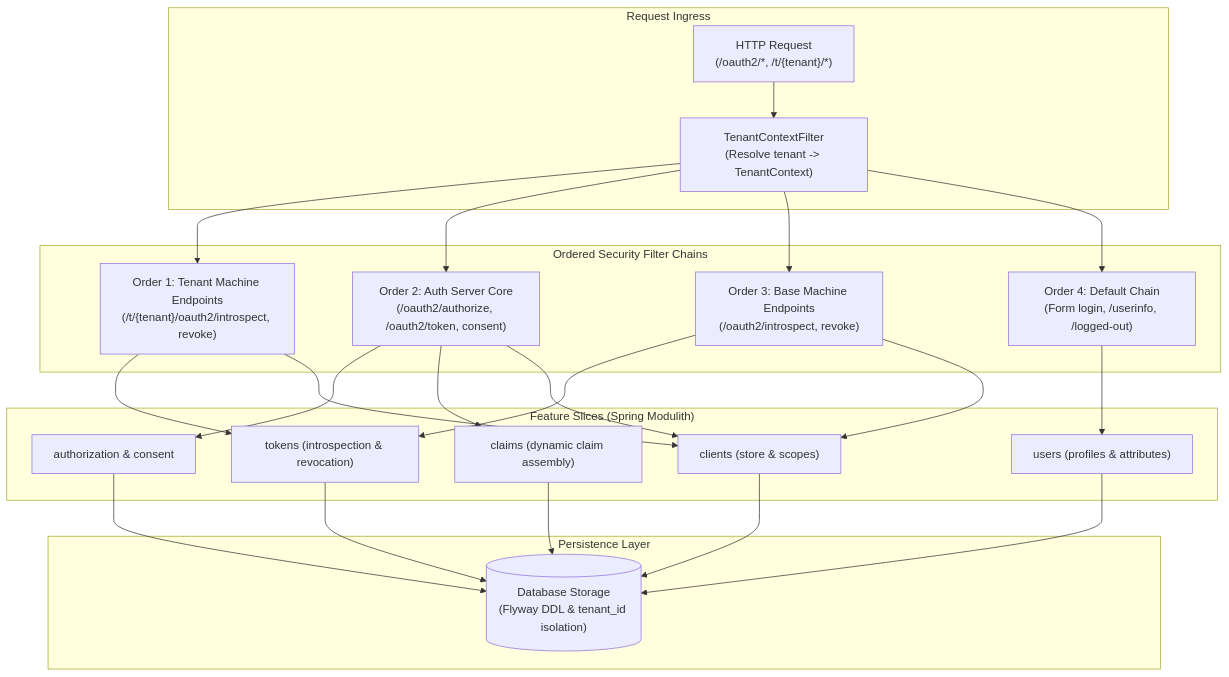
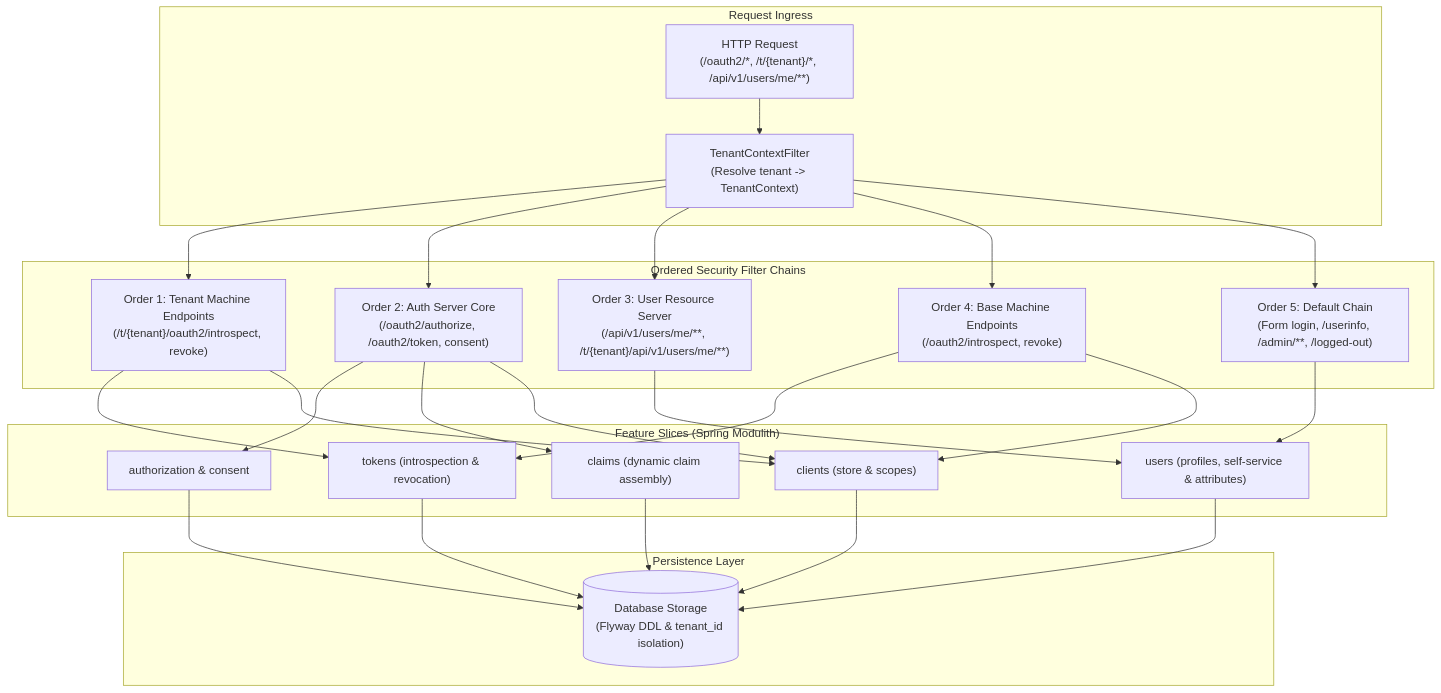
The first of 2 diagrams in docs/features-and-roadmap.md (edmaputra/ed-idp), drawn with Mermaid before and after one commit. The commit also changed other lines of this file and 30 other files, not shown here.

First line of the commit message:
feat(users): add multi-tenant user profile and credential self-service

````diff
--- a/docs/features-and-roadmap.md
+++ b/docs/features-and-roadmap.md
@@ -67,25 +76,26 @@
 ```mermaid
 flowchart TD
     subgraph Ingress["Request Ingress"]
-        Req["HTTP Request\n(/oauth2/*, /t/{tenant}/*)"] --> TCF["TenantContextFilter\n(Resolve tenant -> TenantContext)"]
+        Req["HTTP Request\n(/oauth2/*, /t/{tenant}/*, /api/v1/users/me/**)"] --> TCF["TenantContextFilter\n(Resolve tenant -> TenantContext)"]
     end
 
     subgraph Security["Ordered Security Filter Chains"]
         TCF --> C1["Order 1: Tenant Machine Endpoints\n(/t/{tenant}/oauth2/introspect, revoke)"]
         TCF --> C2["Order 2: Auth Server Core\n(/oauth2/authorize, /oauth2/token, consent)"]
-        TCF --> C3["Order 3: Base Machine Endpoints\n(/oauth2/introspect, revoke)"]
-        TCF --> C4["Order 4: Default Chain\n(Form login, /userinfo, /logged-out)"]
+        TCF --> C3["Order 3: User Resource Server\n(/api/v1/users/me/**, /t/{tenant}/api/v1/users/me/**)"]
+        TCF --> C4["Order 4: Base Machine Endpoints\n(/oauth2/introspect, revoke)"]
+        TCF --> C5["Order 5: Default Chain\n(Form login, /userinfo, /admin/**, /logged-out)"]
     end
 
     subgraph Modules["Feature Slices (Spring Modulith)"]
-        C1 & C3 --> ModTokens["tokens (introspection & revocation)"]
+        C1 & C4 --> ModTokens["tokens (introspection & revocation)"]
         C2 --> ModAuthz["authorization & consent"]
         C2 --> ModClaims["claims (dynamic claim assembly)"]
-        C4 --> ModUsers["users (profiles & attributes)"]
-        C1 & C2 & C3 --> ModClients["clients (store & scopes)"]
+        C3 & C5 --> ModUsers["users (profiles, self-service & attributes)"]
+        C1 & C2 & C4 --> ModClients["clients (store & scopes)"]
     end
 
     subgraph Persistence["Persistence Layer"]
         ModTokens & ModAuthz & ModClaims & ModUsers & ModClients --> DB[("Database Storage\n(Flyway DDL & tenant_id isolation)")]
     end
 ```
````
